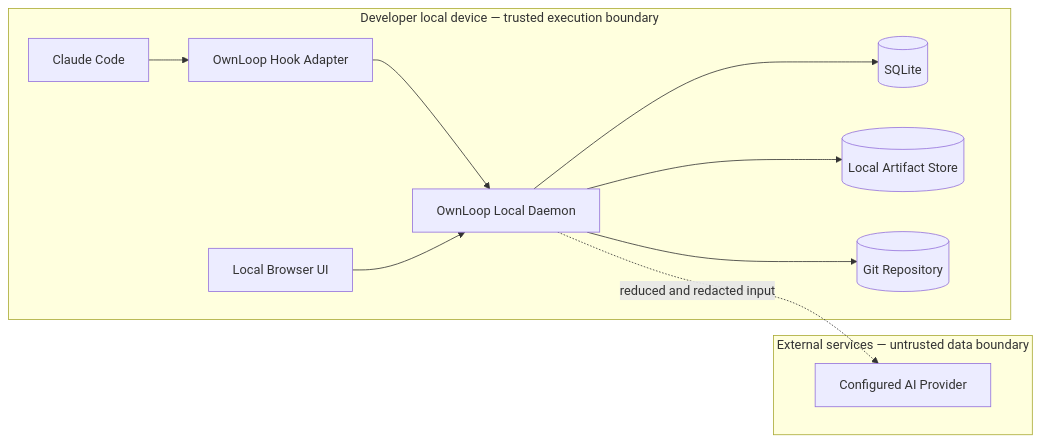
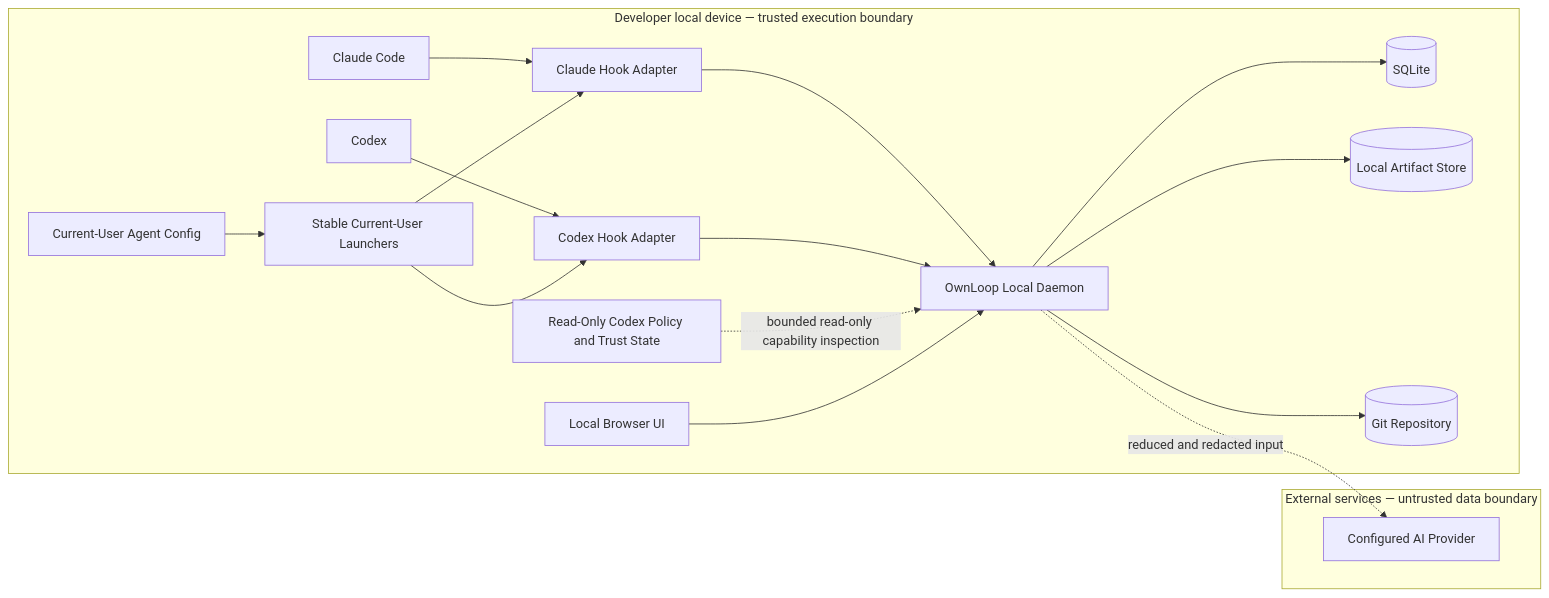
Before and after one commit to Emad211/OWNLOOP: the second of 5 diagrams in docs/architecture/C4.md, drawn with Mermaid. The commit also changed other lines of this file, not shown here.

Commit message:
OL-027: Update C4 model for multi-agent source architecture

````diff
--- a/docs/architecture/C4.md
+++ b/docs/architecture/C4.md
@@ -66,24 +76,35 @@
 ```mermaid
 flowchart LR
     subgraph LocalDevice[Developer local device — trusted execution boundary]
         CC[Claude Code]
-        Hook[OwnLoop Hook Adapter]
+        CX[Codex]
+        CH[Claude Hook Adapter]
+        XH[Codex Hook Adapter]
+        CL[Stable Current-User Launchers]
         Daemon[OwnLoop Local Daemon]
         DB[(SQLite)]
         Artifacts[(Local Artifact Store)]
         Repo[(Git Repository)]
         Browser[Local Browser UI]
+        Config[Current-User Agent Config]
+        Policy[Read-Only Codex Policy and Trust State]
     end
 
     subgraph External[External services — untrusted data boundary]
         AI[Configured AI Provider]
     end
 
-    CC --> Hook
-    Hook --> Daemon
+    CC --> CH
+    CX --> XH
+    Config --> CL
+    CL --> CH
+    CL --> XH
+    CH --> Daemon
+    XH --> Daemon
+    Policy -. bounded read-only capability inspection .-> Daemon
     Daemon --> DB
     Daemon --> Artifacts
     Daemon --> Repo
     Browser --> Daemon
     Daemon -. reduced and redacted input .-> AI
 ```
````
